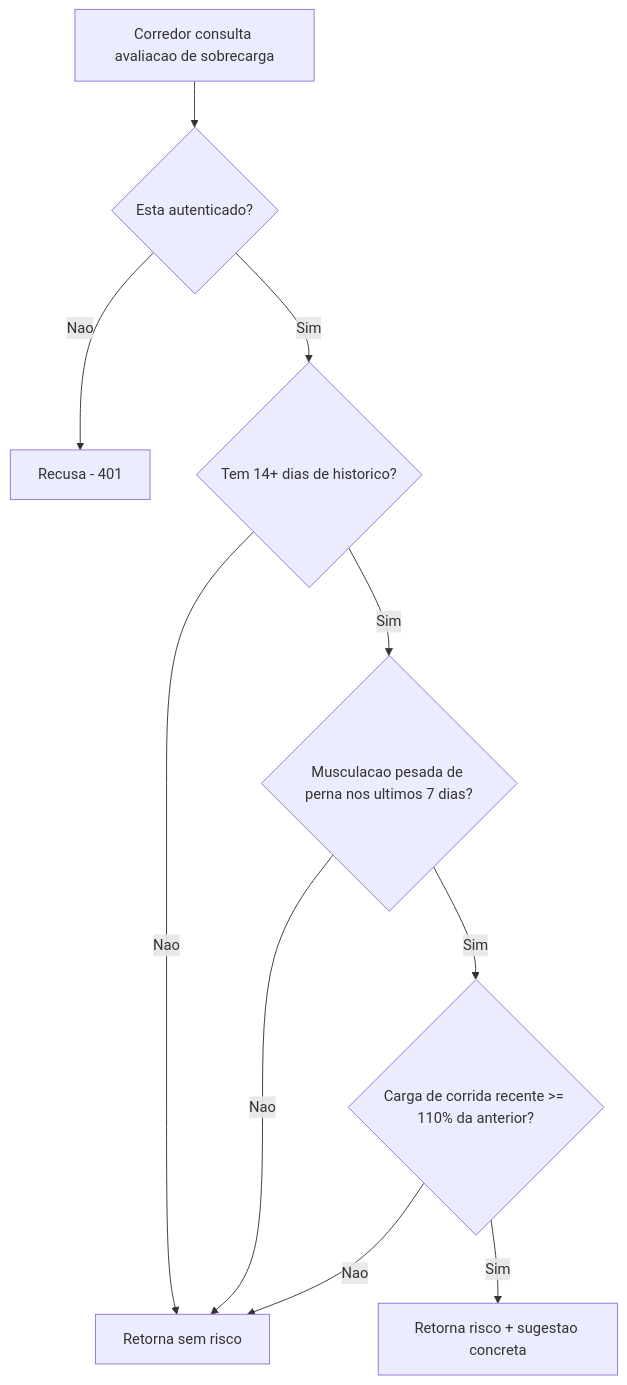
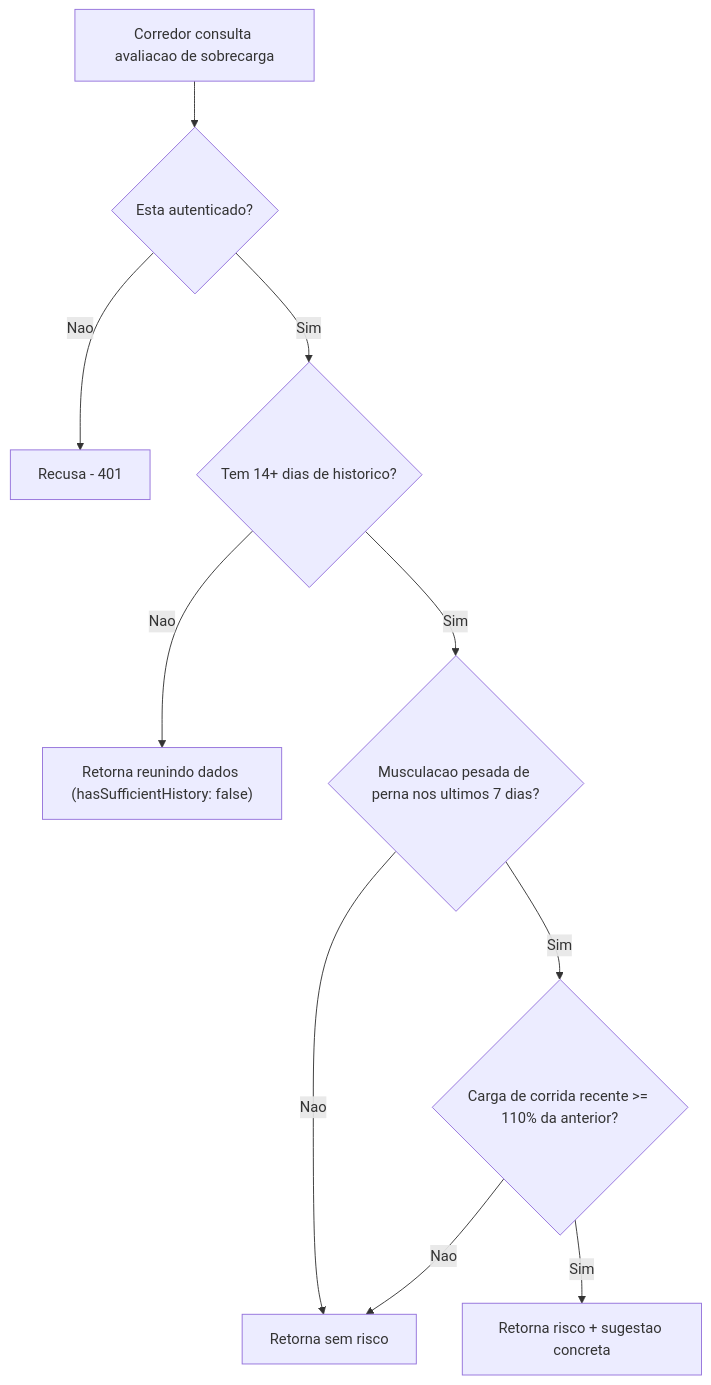
The second of 3 diagrams in DocumentAIReadme/Steady.Api/BusinessRulesDocs/Avaliacao-de-Sobrecarga-Sobrecarga-Rules.md (JoaoFPedro/steady-ia), drawn with Mermaid before and after one commit. The commit also changed other lines of this file and 28 other files, not shown here.

````diff
--- a/DocumentAIReadme/Steady.Api/BusinessRulesDocs/Avaliacao-de-Sobrecarga-Sobrecarga-Rules.md
+++ b/DocumentAIReadme/Steady.Api/BusinessRulesDocs/Avaliacao-de-Sobrecarga-Sobrecarga-Rules.md
@@ -88,12 +89,12 @@
 ```mermaid
 flowchart TD
     A[Corredor consulta avaliacao de sobrecarga] --> B{Esta autenticado?}
     B -->|Nao| C[Recusa - 401]
     B -->|Sim| D{Tem 14+ dias de historico?}
-    D -->|Nao| E[Retorna sem risco]
+    D -->|Nao| I["Retorna reunindo dados (hasSufficientHistory: false)"]
     D -->|Sim| F{Musculacao pesada de perna nos ultimos 7 dias?}
-    F -->|Nao| E
+    F -->|Nao| E[Retorna sem risco]
     F -->|Sim| G{Carga de corrida recente >= 110% da anterior?}
     G -->|Nao| E
     G -->|Sim| H[Retorna risco + sugestao concreta]
 ```
````
